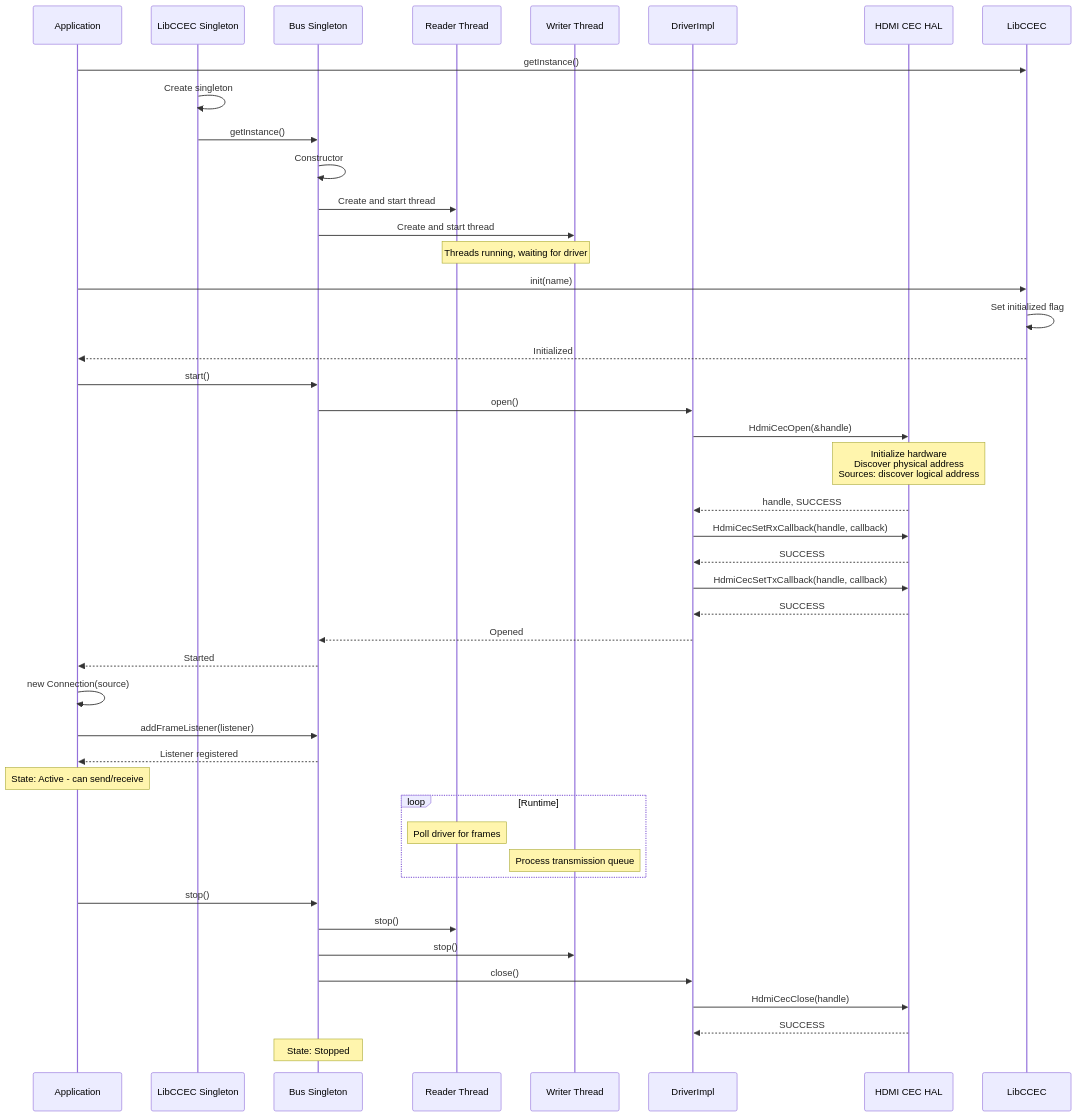
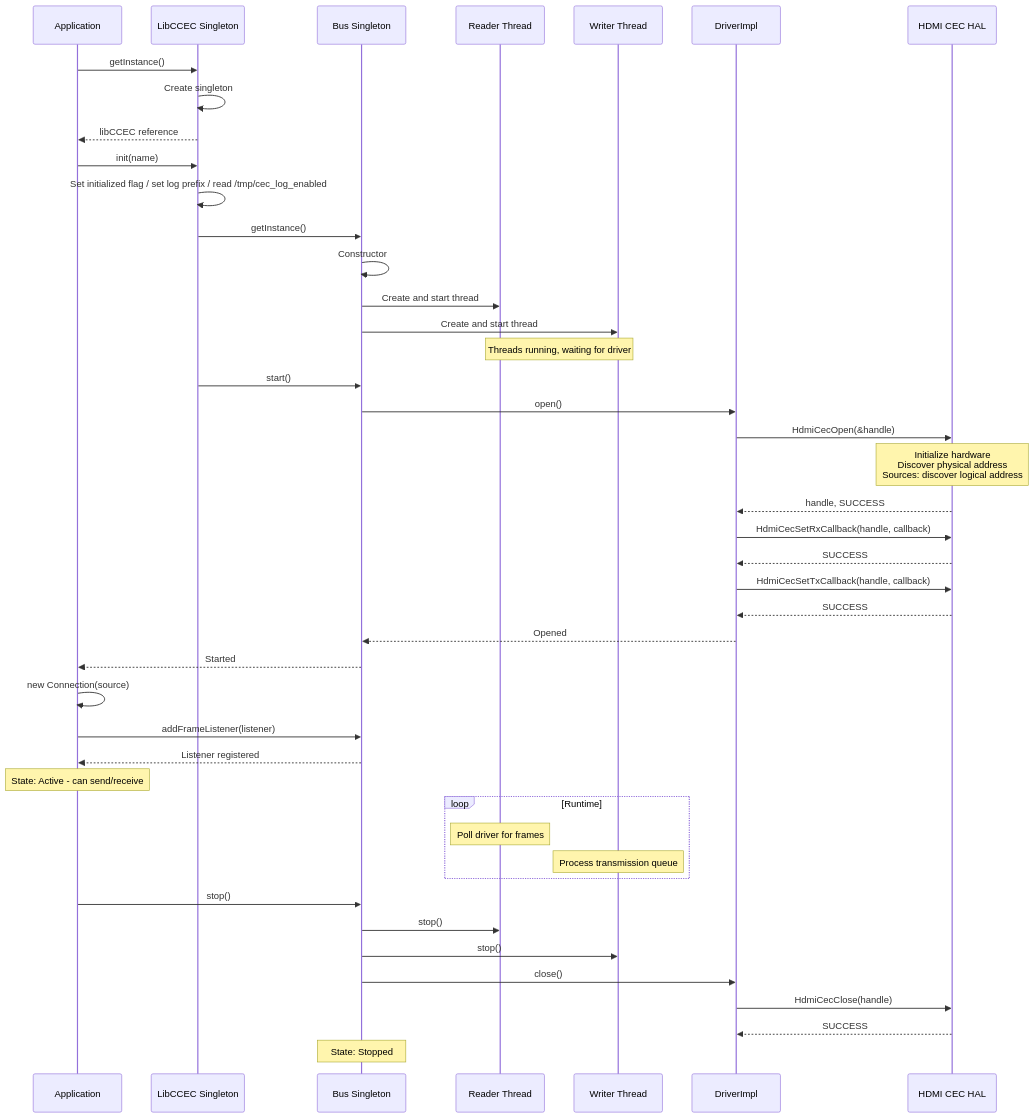
Before and after one commit to rdkcentral/hdmicec: the third of 8 diagrams in README.md, drawn with Mermaid. The commit also changed other lines of this file, not shown here.

````diff
--- a/README.md
+++ b/README.md
@@ -184,52 +184,52 @@
 ```mermaid
 sequenceDiagram
     participant App as Application
     participant LibCEC as LibCCEC Singleton
     participant Bus as Bus Singleton
     participant Reader as Reader Thread
     participant Writer as Writer Thread
     participant Driver as DriverImpl
     participant HAL as HDMI CEC HAL
 
-    App->>LibCCEC: getInstance()
+    App->>LibCEC: getInstance()
     LibCEC->>LibCEC: Create singleton
+    LibCEC-->>App: libCCEC reference
+
+    App->>LibCEC: init(name)
+    LibCEC->>LibCEC: Set initialized flag / set log prefix / read /tmp/cec_log_enabled
     LibCEC->>Bus: getInstance()
     Bus->>Bus: Constructor
     Bus->>Reader: Create and start thread
     Bus->>Writer: Create and start thread
     Note over Reader,Writer: Threads running, waiting for driver
 
-    App->>LibCCEC: init(name)
-    LibCCEC->>LibCCEC: Set initialized flag
-    LibCCEC-->>App: Initialized
-
-    App->>Bus: start()
+    LibCEC->>Bus: start()
     Bus->>Driver: open()
     Driver->>HAL: HdmiCecOpen(&handle)
     Note over HAL: Initialize hardware<br/>Discover physical address<br/>Sources: discover logical address
     HAL-->>Driver: handle, SUCCESS
     Driver->>HAL: HdmiCecSetRxCallback(handle, callback)
     HAL-->>Driver: SUCCESS
     Driver->>HAL: HdmiCecSetTxCallback(handle, callback)
     HAL-->>Driver: SUCCESS
     Driver-->>Bus: Opened
     Bus-->>App: Started
 
     App->>App: new Connection(source)
     App->>Bus: addFrameListener(listener)
     Bus-->>App: Listener registered
     Note over App: State: Active - can send/receive
 
     loop Runtime
         Note over Reader: Poll driver for frames
         Note over Writer: Process transmission queue
     end
 
     App->>Bus: stop()
     Bus->>Reader: stop()
     Bus->>Writer: stop()
     Bus->>Driver: close()
     Driver->>HAL: HdmiCecClose(handle)
     HAL-->>Driver: SUCCESS
     Note over Bus: State: Stopped
 ```
````
